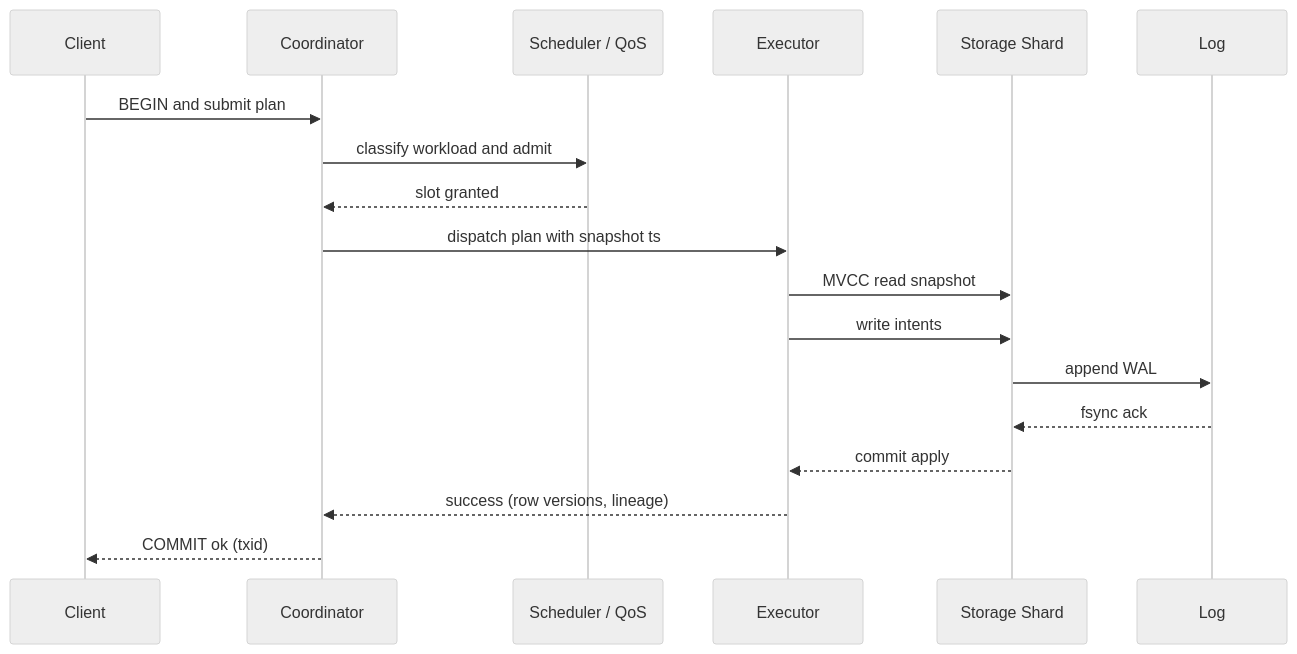
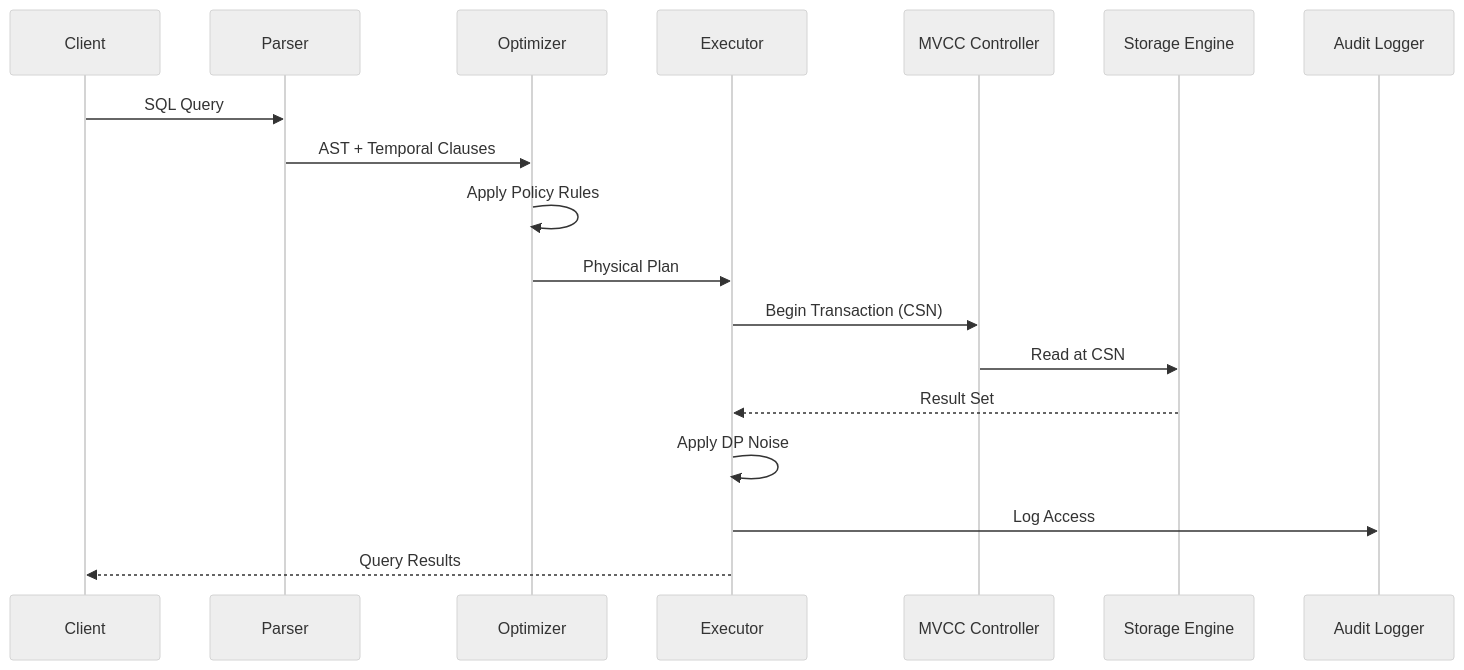
The fourth of 10 diagrams in ARCHITECTURE.md (hoangsonww/LatticeDB-NextGen-DBMS), drawn with Mermaid (neutral theme) before and after one commit. The commit also changed other lines of this file and 82 other files, not shown here.

````diff
--- a/ARCHITECTURE.md
+++ b/ARCHITECTURE.md
@@ -190,20 +217,21 @@
 ```mermaid
 sequenceDiagram
     participant C as Client
-    participant B as Coordinator
-    participant R as Scheduler / QoS
+    participant P as Parser
+    participant O as Optimizer
     participant E as Executor
-    participant S as Storage Shard
-    participant L as Log
-    C->>B: BEGIN and submit plan
-    B->>R: classify workload and admit
-    R-->>B: slot granted
-    B->>E: dispatch plan with snapshot ts
-    E->>S: MVCC read snapshot
-    E->>S: write intents
-    S->>L: append WAL
-    L-->>S: fsync ack
-    S-->>E: commit apply
-    E-->>B: success (row versions, lineage)
-    B-->>C: COMMIT ok (txid)
+    participant M as MVCC Controller
+    participant S as Storage Engine
+    participant A as Audit Logger
+
+    C->>P: SQL Query
+    P->>O: AST + Temporal Clauses
+    O->>O: Apply Policy Rules
+    O->>E: Physical Plan
+    E->>M: Begin Transaction (CSN)
+    M->>S: Read at CSN
+    S-->>E: Result Set
+    E->>E: Apply DP Noise
+    E->>A: Log Access
+    E-->>C: Query Results
 ```
````
